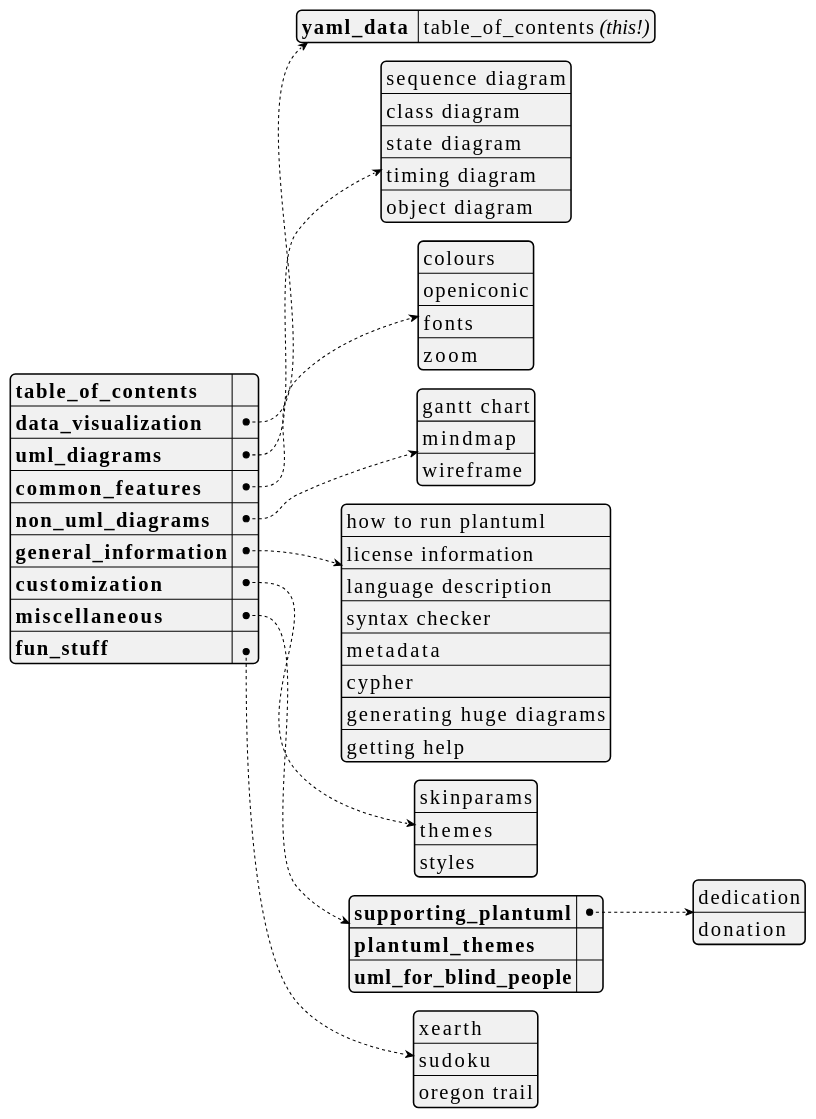
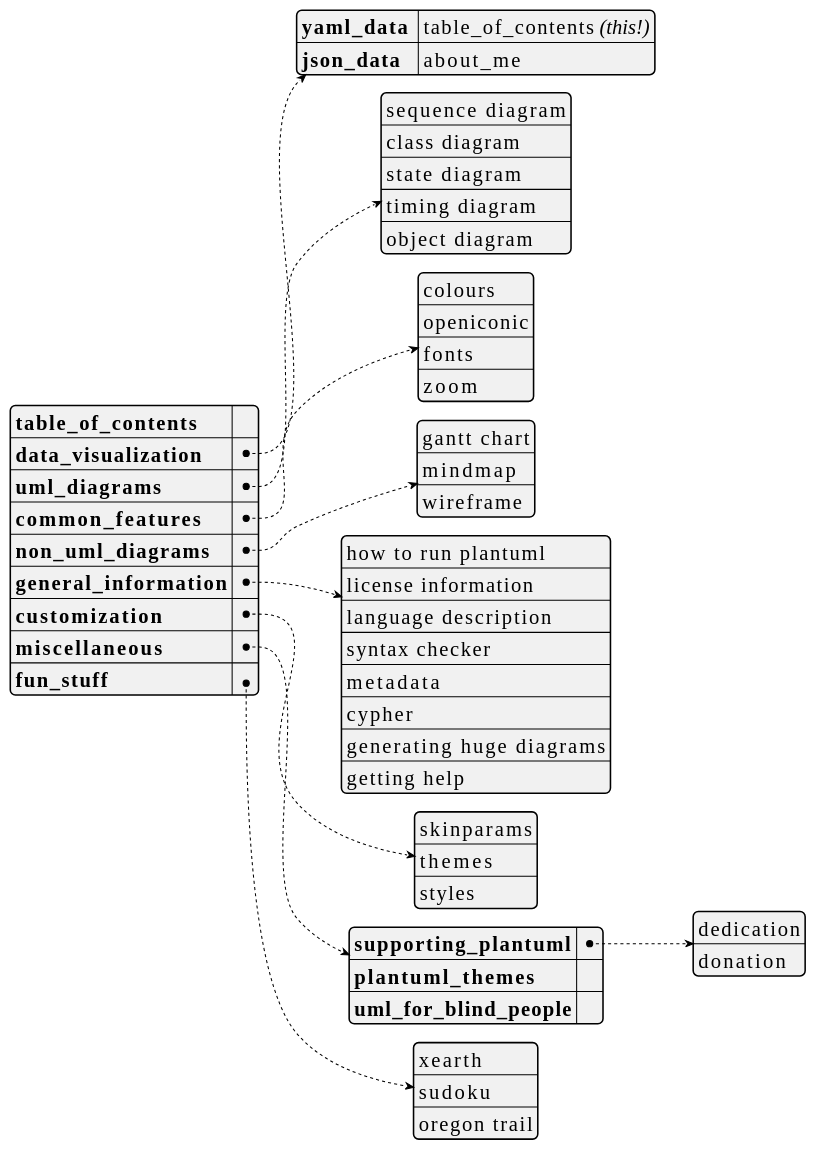
Before and after one commit to dragondive/heavens-arena: the first of 33 diagrams in plantuml_demo.md, drawn with PlantUML. The commit also changed other lines of this file, not shown here.

Commit message:
added demo: json data visualization

````diff
--- a/plantuml_demo.md
+++ b/plantuml_demo.md
@@ -26,64 +27,65 @@
 ```plantuml
 @startyaml
 <style>
 yamlDiagram {
     node {
         ' use a constant width font because that's what developers do.
         FontName Consolas
         FontSize 20
     }
 }
 </style>
 
 /'TODO:
 It would be cool to hyperlink the entries in the table_of_contents to the
 respective section in the document. Not only would it further accentuate the
 [Medium Awareness](https://tvtropes.org/pmwiki/pmwiki.php/Main/MediumAwareness)
 of this yaml document, but also augment the
 [Anachronic Order](https://tvtropes.org/pmwiki/pmwiki.php/Main/AnachronicOrder)
 of the outer markdown document.
 '/
 
 **table_of_contents**: ""  /' workaround: empty string here to avoid dummy link '/
 data_visualization:
     yaml_data : table_of_contents //(this!)//
+    json_data : about_me
 uml_diagrams:
     - sequence diagram
     - class diagram
     - state diagram
     - timing diagram
     - object diagram
 common_features:
     - colours
     - openiconic
     - fonts
     - zoom
 non_uml_diagrams:
     - gantt chart
     - mindmap
     - wireframe
 general_information:
     - how to run plantuml
     - license information
     - language description
     - syntax checker
     - metadata
     - cypher
     - generating huge diagrams
     - getting help
 customization:
     - skinparams
     - themes
     - styles
 miscellaneous:
     supporting_plantuml:
         - dedication
         - donation
     plantuml_themes: ""
     uml_for_blind_people: ""
 fun_stuff:
     - xearth
     - sudoku
     - oregon trail
 @endyaml
 ```
````
